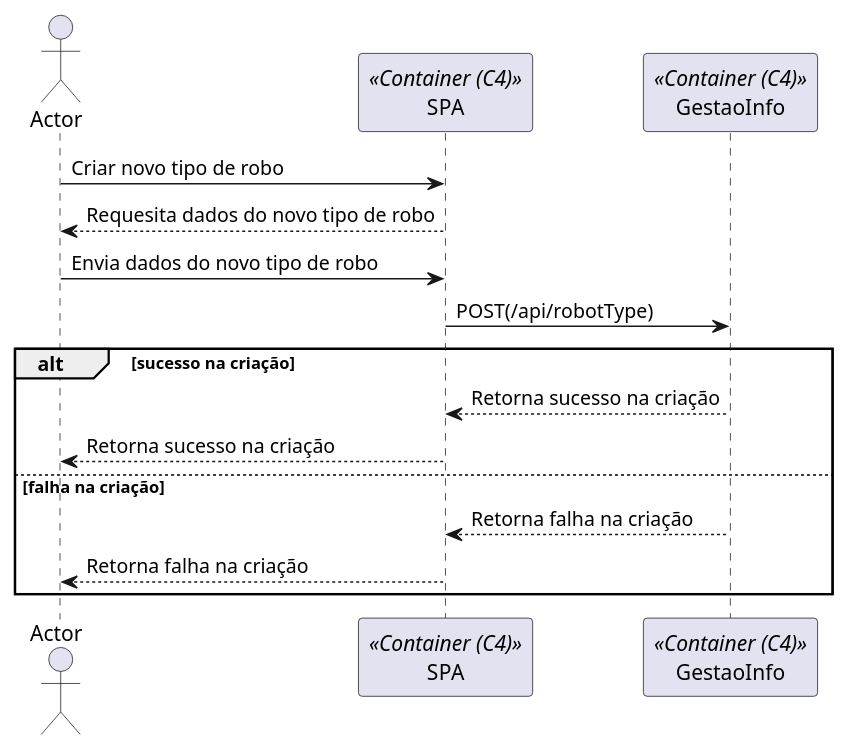
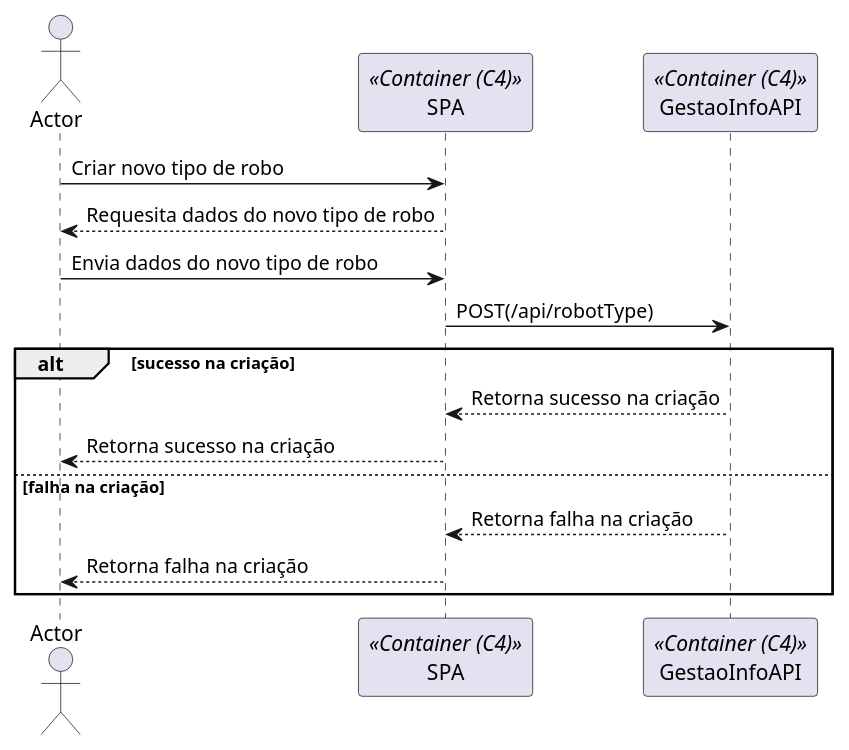
One commit to ruben1132/PI5_23-24 changed the diagram in docs/Nivel2/N2_US350.puml. Above: the diagram before and after it, drawn with PlantUML. The commit also changed 13 other files, not shown here.

Commit message:
#1 #2 #3 #5 #9 #20 diagramas nivel 2

```diff
--- a/docs/Nivel2/N2_US350.puml
+++ b/docs/Nivel2/N2_US350.puml
@@ -1,22 +1,22 @@
 @startuml
 
 actor Actor as Actor
 participant "SPA" as Container <<Container (C4)>>
-participant "GestaoInfo" as Armazem <<Container (C4)>>
+participant "GestaoInfoAPI" as API <<Container (C4)>>
 
 Actor -> Container: Criar novo tipo de robo
 Container --> Actor: Requesita dados do novo tipo de robo
 
 Actor -> Container: Envia dados do novo tipo de robo
 
-Container -> Armazem: POST(/api/robotType)
+Container -> API: POST(/api/robotType)
 
 alt sucesso na criação
-    Armazem --> Container: Retorna sucesso na criação
+    API --> Container: Retorna sucesso na criação
     Container --> Actor: Retorna sucesso na criação
 else falha na criação
-    Armazem --> Container: Retorna falha na criação
+    API --> Container: Retorna falha na criação
     Container --> Actor: Retorna falha na criação
 end
 
 @enduml
```
